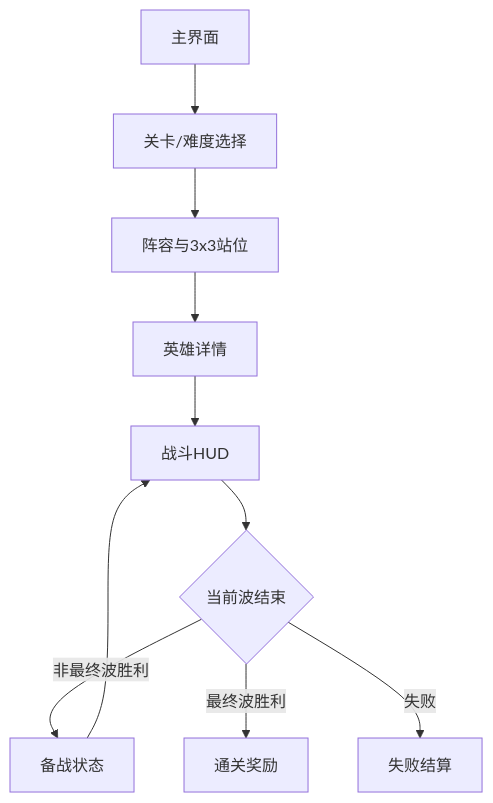
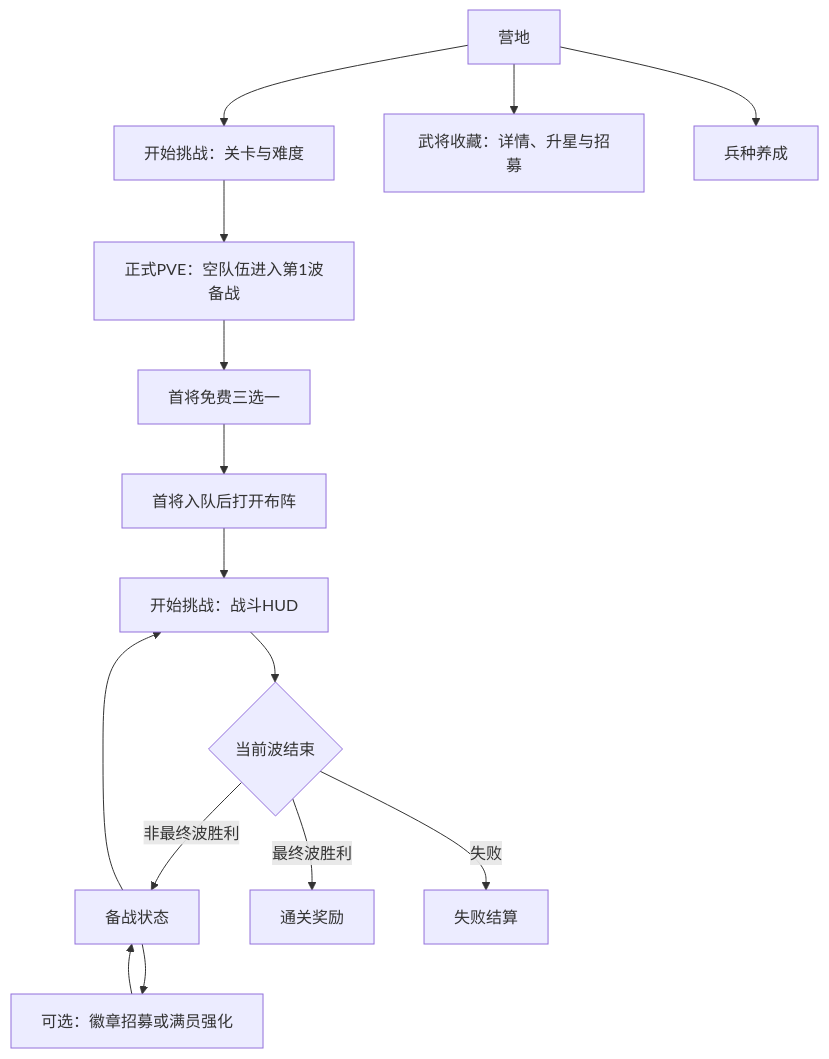
Before and after one commit to littlemurloc/codexDocs: the diagram in project01/docs/design/ui-ux/screen-flow.md, drawn with Mermaid. The commit also changed other lines of this file and 11 other files, not shown here.

````diff
--- a/project01/docs/design/ui-ux/screen-flow.md
+++ b/project01/docs/design/ui-ux/screen-flow.md
@@ -5,12 +5,17 @@
 ```mermaid
 flowchart TD
-  A[主界面] --> B[关卡/难度选择]
-  B --> C[阵容与3x3站位]
-  C --> D[英雄详情]
-  D --> E[战斗HUD]
+  A[营地] --> B[开始挑战：关卡与难度]
+  A --> R[武将收藏：详情、升星与招募]
+  A --> T[兵种养成]
+  B --> P[正式PVE：空队伍进入第1波备战]
+  P --> S[首将免费三选一]
+  S --> C[首将入队后打开布阵]
+  C --> E[开始挑战：战斗HUD]
   E --> F{当前波结束}
   F -->|非最终波胜利| G[备战状态]
+  G --> N[可选：徽章招募或满员强化]
+  N --> G
   G --> E
   F -->|最终波胜利| H[通关奖励]
   F -->|失败| I[失败结算]
 ```
````
